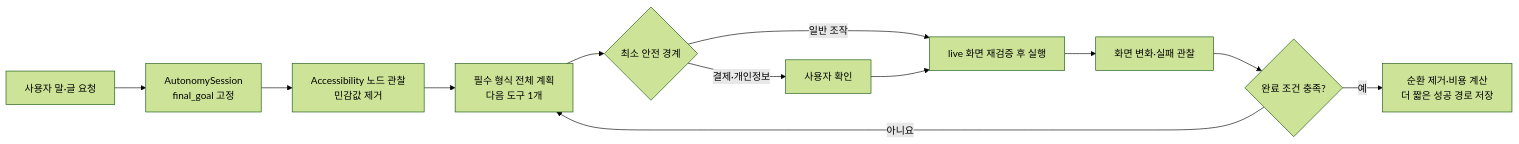
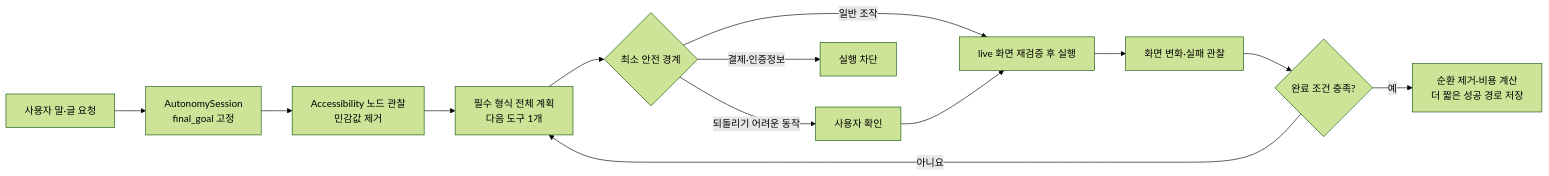
The diagram in README.md (hwanghj09/sonju), drawn with Mermaid (forest theme) before and after one commit. The commit also changed other lines of this file and 24 other files, not shown here.

````diff
--- a/README.md
+++ b/README.md
@@ -39,14 +39,15 @@
 ```mermaid
 flowchart LR
     U["사용자 말·글 요청"] --> S["AutonomySession<br/>final_goal 고정"]
     S --> A["Accessibility 노드 관찰<br/>민감값 제거"]
     A --> M["필수 형식 전체 계획<br/>다음 도구 1개"]
     M --> G{"최소 안전 경계"}
     G -->|일반 조작| E["live 화면 재검증 후 실행"]
-    G -->|결제·개인정보| C["사용자 확인"]
+    G -->|되돌리기 어려운 동작| C["사용자 확인"]
+    G -->|결제·인증정보| B["실행 차단"]
     C --> E
     E --> O["화면 변화·실패 관찰"]
     O --> D{"완료 조건 충족?"}
     D -->|아니요| M
     D -->|예| R["순환 제거·비용 계산<br/>더 짧은 성공 경로 저장"]
 ```
````
